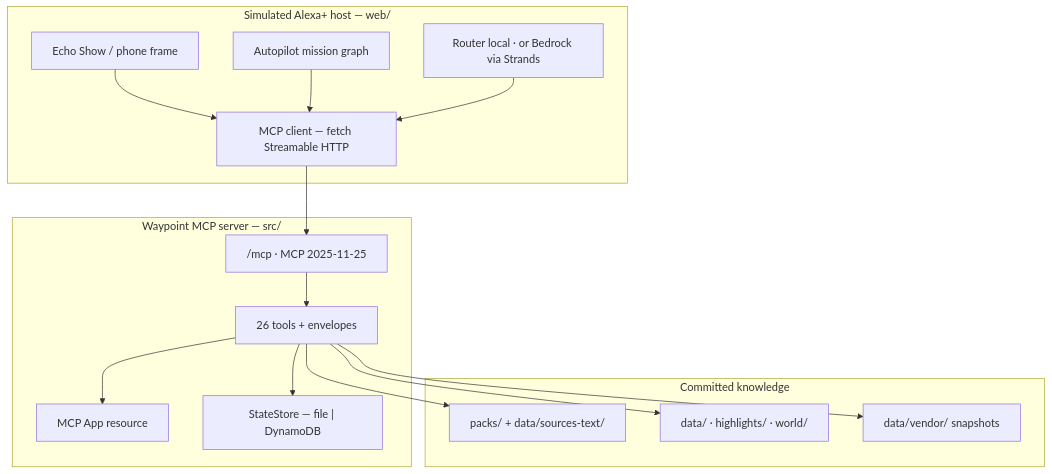
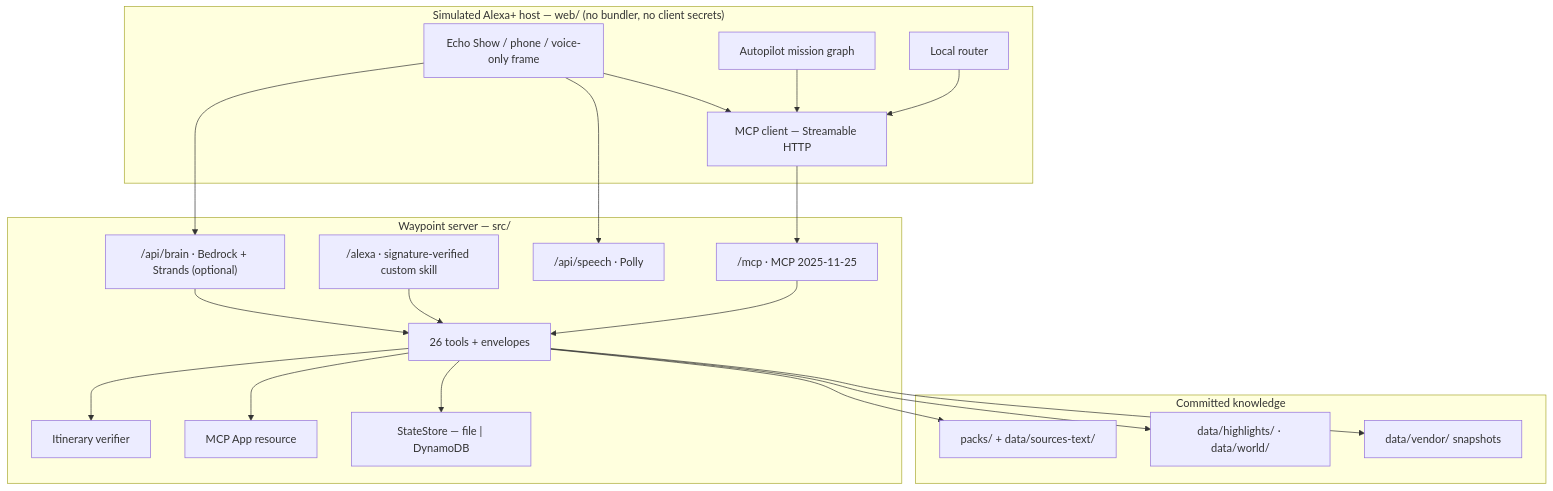
One commit to altaga/Waypoint changed the fifth of 7 diagrams in README.md. Above: the diagram before and after it, drawn with Mermaid. The commit also changed other lines of this file and 16 other files, not shown here.

First line of the commit message:
Visual README upgrade: live-demo screenshots, diagrams; portable test paths on Windows

````diff
--- a/README.md
+++ b/README.md
@@ -183,31 +312,38 @@
 ```mermaid
 flowchart TB
-  subgraph host["Simulated Alexa+ host — web/"]
-    UI["Echo Show / phone frame"]
-    Client["MCP client — fetch Streamable HTTP"]
+  subgraph host["Simulated Alexa+ host — web/ (no bundler, no client secrets)"]
+    UI["Echo Show / phone / voice-only frame"]
+    Client["MCP client — Streamable HTTP"]
     Mission["Autopilot mission graph"]
-    BrainOpt["Router local · or Bedrock via Strands"]
+    Router["Local router"]
   end
 
-  subgraph server["Waypoint MCP server — src/"]
-    MCP["/mcp  · MCP 2025-11-25"]
+  subgraph server["Waypoint server — src/"]
+    MCP["/mcp · MCP 2025-11-25"]
+    Brain["/api/brain · Bedrock + Strands (optional)"]
+    Speech["/api/speech · Polly"]
     Tools["26 tools + envelopes"]
+    Verifier["Itinerary verifier"]
     App["MCP App resource"]
     State["StateStore — file | DynamoDB"]
+    Alexa["/alexa · signature-verified custom skill"]
   end
 
   subgraph data["Committed knowledge"]
     Packs["packs/ + data/sources-text/"]
-    World["data/ · highlights/ · world/"]
+    World["data/highlights/ · data/world/"]
     Vendor["data/vendor/ snapshots"]
   end
 
   UI --> Client --> MCP
   Mission --> Client
-  BrainOpt --> Client
-  MCP --> Tools --> State
-  Tools --> Packs
-  Tools --> World
-  Tools --> Vendor
+  Router --> Client
+  UI --> Brain --> Tools
+  UI --> Speech
+  Alexa --> Tools
+  MCP --> Tools
+  Tools --> Verifier
+  Tools --> State
   Tools --> App
+  Tools --> Packs & World & Vendor
 ```
````
